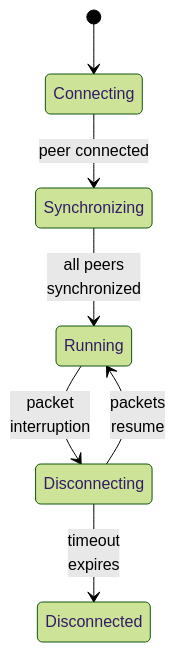
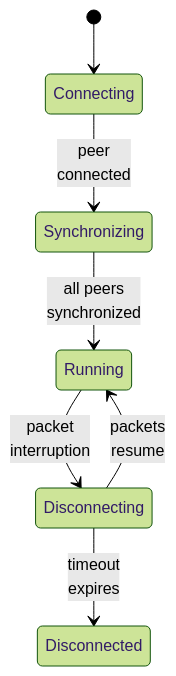
Before and after one commit to irregularthanis/ggpo-next: the third of 7 diagrams in doc/architecture/VectorWar.md, drawn with Mermaid (forest theme). The commit also changed other lines of this file and 8 other files, not shown here.

Commit message:
docs: tighten all architecture diagram wrapping

````diff
--- a/doc/architecture/VectorWar.md
+++ b/doc/architecture/VectorWar.md
@@ -160,9 +160,9 @@
 ```mermaid
 stateDiagram-v2
     [*] --> Connecting
-    Connecting --> Synchronizing: peer connected
+    Connecting --> Synchronizing: peer<br/>connected
     Synchronizing --> Running: all peers<br/>synchronized
     Running --> Disconnecting: packet<br/>interruption
     Disconnecting --> Running: packets<br/>resume
     Disconnecting --> Disconnected: timeout<br/>expires
 ```
````
